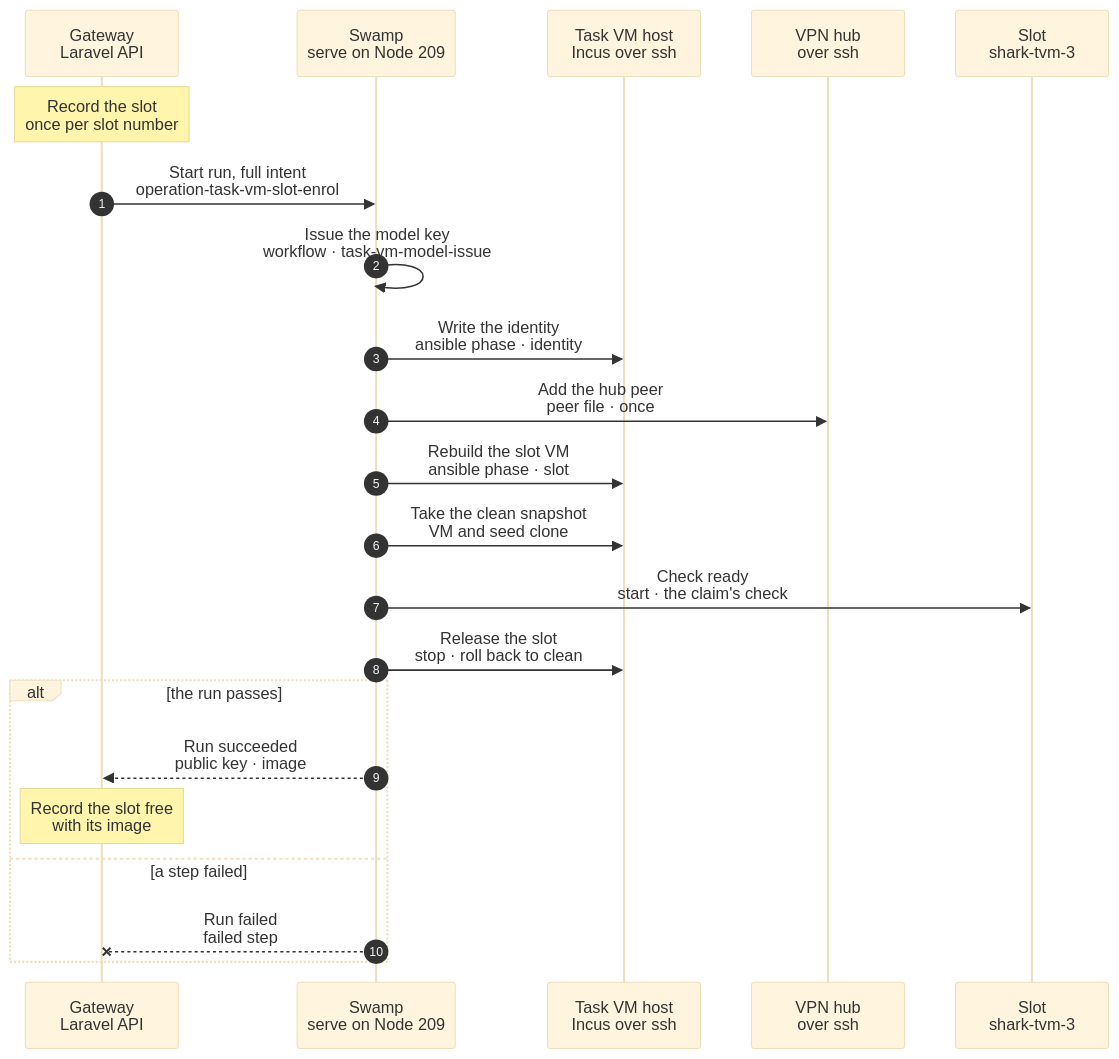
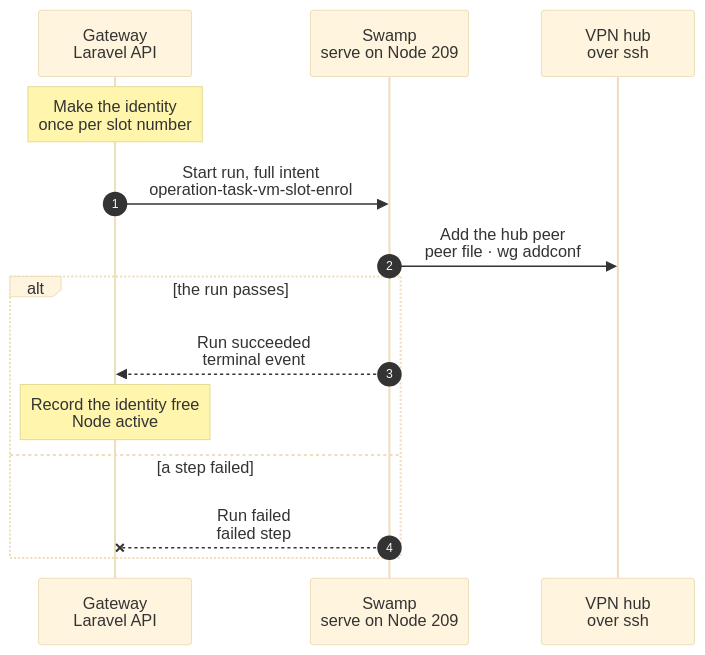
Before and after one commit to hardimpactdev/orbit: the diagram in docs/cli/tasks/vm-slot-enrol.mmd, drawn with Mermaid (base theme). The commit also changed 88 other files, not shown here.

First line of the commit message:
Task start copies the base VM snapshot with a slot identity

```diff
--- a/docs/cli/tasks/vm-slot-enrol.mmd
+++ b/docs/cli/tasks/vm-slot-enrol.mmd
@@ -1,71 +1,32 @@
 sequenceDiagram
-  %% Target design (Nick 2026-11-07): task VMs are fixed, reused slots named <node>-tvm-<slot>. Each slot is a permanent Orbit Node whose identity is written once, here. A claim (docs/cli/tasks/provision.mmd) only starts it; a release (docs/cli/tasks/vm-slot-release.mmd) rolls it back to `clean`. Decided by the orchestrator from that end state: the identity lives on a small volume per slot on the host, so a slot keeps it when it is rebuilt from a new image.
+  %% Target design (agreed with Nick, 2026-11-07): a slot is only a fixed identity that the Gateway keeps, `shark-tvm-3`: its Node record, WireGuard key and hub peer, SSH host key and agent secret. No slot VM waits; each task start makes a VM from the host's image and writes this identity onto it (docs/cli/tasks/provision.mmd), and a release deletes that VM (docs/cli/tasks/cancel.mmd).
   %% status: draft
-  %% command: none · enrol or re-enrol one slot
+  %% command: none · enrol one slot identity
   %% kind: task_vm.slot_enrol
   autonumber
   %% lane GW icon=gateway pill=intent tone=blue
   %% lane SW icon=workflow pill=executes tone=green
-  %% lane H icon=server pill=target tone=amber
   %% lane HUB icon=server pill=target tone=purple
-  %% lane VM icon=server pill=slot tone=purple
   participant GW as Gateway<br/>Laravel API
   participant SW as Swamp<br/>serve on Node 209
-  participant H as Task VM host<br/>Incus over ssh
   participant HUB as VPN hub<br/>over ssh
-  participant VM as Slot<br/>shark-tvm-3
-  Note over GW: Record the slot<br/>once per slot number
+  Note over GW: Make the identity<br/>once per slot number
   %%> Started by:
-  %%> - the `slots` count of a task VM host (`node:update`): one enrol per missing slot, one at a time
-  %%> - the image refresh: it re-enrols the first idle slot from the candidate, then each other idle slot after the promotion, one at a time
-  %%> - a release, when the slot's image is no longer the host's promoted image
-  %%> Requirements:
-  %%> - an active task VM host, and no group holds the slot
-  %%> Result on the first enrol only:
-  %%> - the Node `shark-tvm-3` with its `app-dev` role, WireGuard address, agent secret, the `pi-server` Process with its Pi token, and the workspace Instance at the fixed checkout path
-  %%> - the agent secret and the Pi token go to the vault; the run inputs hold only their key names
-  %%> A re-enrol writes no record: the slot keeps all of them
+  %%> - the `slots` count of a task VM host (`node:update`): one enrol per missing identity, one at a time
+  %%> - an identity whose enrol failed; one that still holds a model key after a failed release is released first
+  %%> Result:
+  %%> - the Node `shark-tvm-3` with its `app-dev` role, its WireGuard address and its `pi-server` Process
+  %%> - the identity's WireGuard key, SSH host key and agent secret, made by the Gateway and kept encrypted on the slot's row
   GW->>SW: Start run, full intent<br/>operation-task-vm-slot-enrol
-  SW->>SW: Issue the model key<br/>workflow · task-vm-model-issue
+  SW->>HUB: Add the hub peer<br/>peer file · wg addconf
   %%> What it does:
-  %%> - makes the slot's model key and registers it with the model router; the key stays in the run and goes only into the identity volume
-  %%> Guard:
-  %%> - skipped when the slot has its model key; a key is revoked only when the slot is retired
-  SW->>H: Write the identity<br/>ansible phase · identity
-  %%> What it does:
-  %%> - creates the volume `shark-tvm-3-identity` once
-  %%> - makes the WireGuard key pair and the SSH host keys in the volume, and writes the agent secret, the Pi token, the model key, the hostname and the WireGuard address
-  %%> - prints only the WireGuard public key and the host key fingerprint
-  %%> Fixed:
-  %%> - a key or secret that exists is never made again, so every rebuild keeps the slot's identity; a private key never leaves the host
-  SW->>HUB: Add the hub peer<br/>peer file · once
-  %%> What it does:
-  %%> - writes the slot's peer file from the public key above and reloads the hub
-  %%> Guard:
-  %%> - skipped when the peer file already matches; a claim or a release never touches the hub
-  SW->>H: Rebuild the slot VM<br/>ansible phase · slot
-  %%> What it does:
-  %%> - deletes the slot's VM, its snapshots and its seed clone when they exist
-  %%> - clones the seed of the host's promoted image (the candidate, for the refresh), and creates `shark-tvm-3`, stopped, from that image with the seed clone, the identity volume, its fixed address and MAC
-  SW->>H: Take the clean snapshot<br/>VM and seed clone
-  %%> What it does:
-  %%> - snapshots the stopped VM and its seed clone as `clean`; a release rolls back to it, so every claim boots the same disk
-  SW->>VM: Check ready<br/>start · the claim's check
-  %%> What it does:
-  %%> - starts the slot; the image's identity unit installs the identity before sshd, WireGuard, the agent and Pi start
-  %%> - then the same check as a claim: the agent, Pi, the tunnel and the three containers; Swamp's `assert` decides
-  SW->>H: Release the slot<br/>stop · roll back to clean
-  %%> What it does:
-  %%> - the steps of a release (docs/cli/tasks/vm-slot-release.mmd): the slot ends stopped at `clean`, and a stopped slot holds disk, not memory
+  %%> - writes the identity's peer file from its fixed public key and loads it; a rerun writes the same file
+  %%> - a task start or a release never touches the hub
   alt the run passes
-    SW-->>GW: Run succeeded<br/>public key · image
-    Note over GW: Record the slot free<br/>with its image
-    %%> Result:
-    %%> - records the WireGuard public key and host key on the first enrol, and the image fingerprint on every enrol
-    %%> - the slot is `free`
+    SW-->>GW: Run succeeded<br/>terminal event
+    Note over GW: Record the identity free<br/>Node active
   else a step failed
     SW--xGW: Run failed<br/>failed step
     %%> On failure:
-    %%> - the slot is `failed` and no claim takes it; the identity volume and the hub peer stay
-    %%> - running the enrol again is safe: it keeps the keys and rebuilds the VM
+    %%> - the identity is `failed` and no task start takes it; the slot rule enrols it again
   end
```
